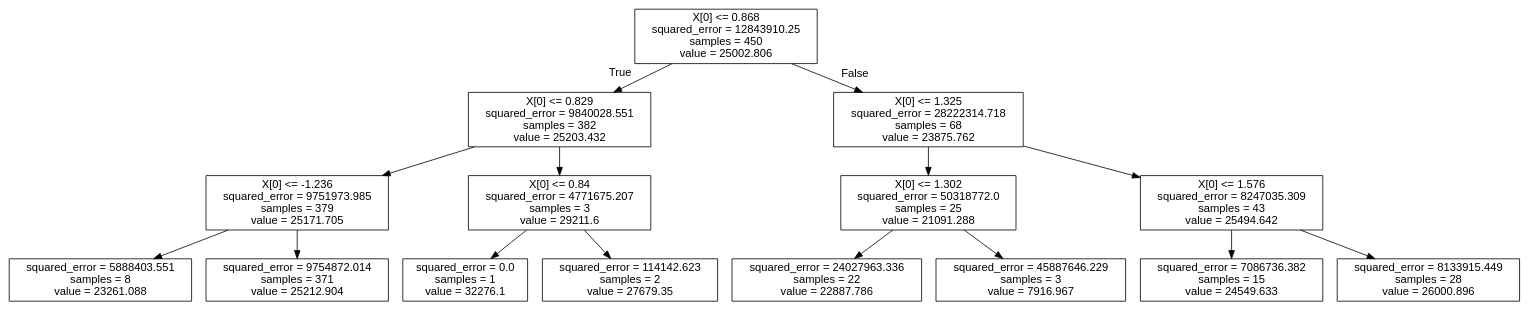
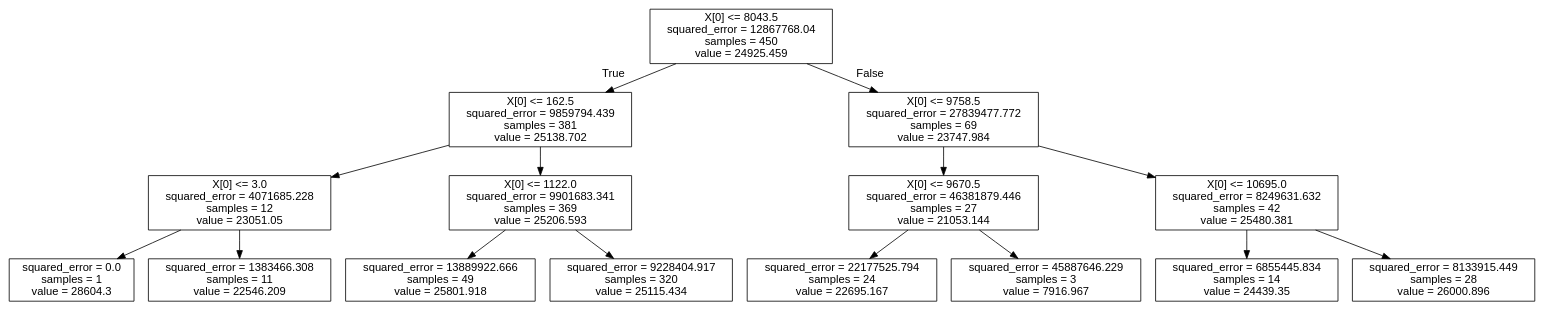
Before and after one commit to weswong02/CPSC4310: the diagram in MLP/MLP3/tree.dot, drawn with Graphviz. The commit also changed 1 other file, not shown here.

```diff
--- a/MLP/MLP3/tree.dot
+++ b/MLP/MLP3/tree.dot
@@ -1,33 +1,33 @@
 digraph Tree {
 node [shape=box, fontname="helvetica"] ;
 edge [fontname="helvetica"] ;
-0 [label="X[0] <= 0.868\nsquared_error = 12843910.25\nsamples = 450\nvalue = 25002.806"] ;
-1 [label="X[0] <= 0.829\nsquared_error = 9840028.551\nsamples = 382\nvalue = 25203.432"] ;
+0 [label="X[0] <= 8043.5\nsquared_error = 12867768.04\nsamples = 450\nvalue = 24925.459"] ;
+1 [label="X[0] <= 162.5\nsquared_error = 9859794.439\nsamples = 381\nvalue = 25138.702"] ;
 0 -> 1 [labeldistance=2.5, labelangle=45, headlabel="True"] ;
-2 [label="X[0] <= -1.236\nsquared_error = 9751973.985\nsamples = 379\nvalue = 25171.705"] ;
+2 [label="X[0] <= 3.0\nsquared_error = 4071685.228\nsamples = 12\nvalue = 23051.05"] ;
 1 -> 2 ;
-3 [label="squared_error = 5888403.551\nsamples = 8\nvalue = 23261.088"] ;
+3 [label="squared_error = 0.0\nsamples = 1\nvalue = 28604.3"] ;
 2 -> 3 ;
-4 [label="squared_error = 9754872.014\nsamples = 371\nvalue = 25212.904"] ;
+4 [label="squared_error = 1383466.308\nsamples = 11\nvalue = 22546.209"] ;
 2 -> 4 ;
-5 [label="X[0] <= 0.84\nsquared_error = 4771675.207\nsamples = 3\nvalue = 29211.6"] ;
+5 [label="X[0] <= 1122.0\nsquared_error = 9901683.341\nsamples = 369\nvalue = 25206.593"] ;
 1 -> 5 ;
-6 [label="squared_error = 0.0\nsamples = 1\nvalue = 32276.1"] ;
+6 [label="squared_error = 13889922.666\nsamples = 49\nvalue = 25801.918"] ;
 5 -> 6 ;
-7 [label="squared_error = 114142.623\nsamples = 2\nvalue = 27679.35"] ;
+7 [label="squared_error = 9228404.917\nsamples = 320\nvalue = 25115.434"] ;
 5 -> 7 ;
-8 [label="X[0] <= 1.325\nsquared_error = 28222314.718\nsamples = 68\nvalue = 23875.762"] ;
+8 [label="X[0] <= 9758.5\nsquared_error = 27839477.772\nsamples = 69\nvalue = 23747.984"] ;
 0 -> 8 [labeldistance=2.5, labelangle=-45, headlabel="False"] ;
-9 [label="X[0] <= 1.302\nsquared_error = 50318772.0\nsamples = 25\nvalue = 21091.288"] ;
+9 [label="X[0] <= 9670.5\nsquared_error = 46381879.446\nsamples = 27\nvalue = 21053.144"] ;
 8 -> 9 ;
-10 [label="squared_error = 24027963.336\nsamples = 22\nvalue = 22887.786"] ;
+10 [label="squared_error = 22177525.794\nsamples = 24\nvalue = 22695.167"] ;
 9 -> 10 ;
 11 [label="squared_error = 45887646.229\nsamples = 3\nvalue = 7916.967"] ;
 9 -> 11 ;
-12 [label="X[0] <= 1.576\nsquared_error = 8247035.309\nsamples = 43\nvalue = 25494.642"] ;
+12 [label="X[0] <= 10695.0\nsquared_error = 8249631.632\nsamples = 42\nvalue = 25480.381"] ;
 8 -> 12 ;
-13 [label="squared_error = 7086736.382\nsamples = 15\nvalue = 24549.633"] ;
+13 [label="squared_error = 6855445.834\nsamples = 14\nvalue = 24439.35"] ;
 12 -> 13 ;
 14 [label="squared_error = 8133915.449\nsamples = 28\nvalue = 26000.896"] ;
 12 -> 14 ;
 }
```
